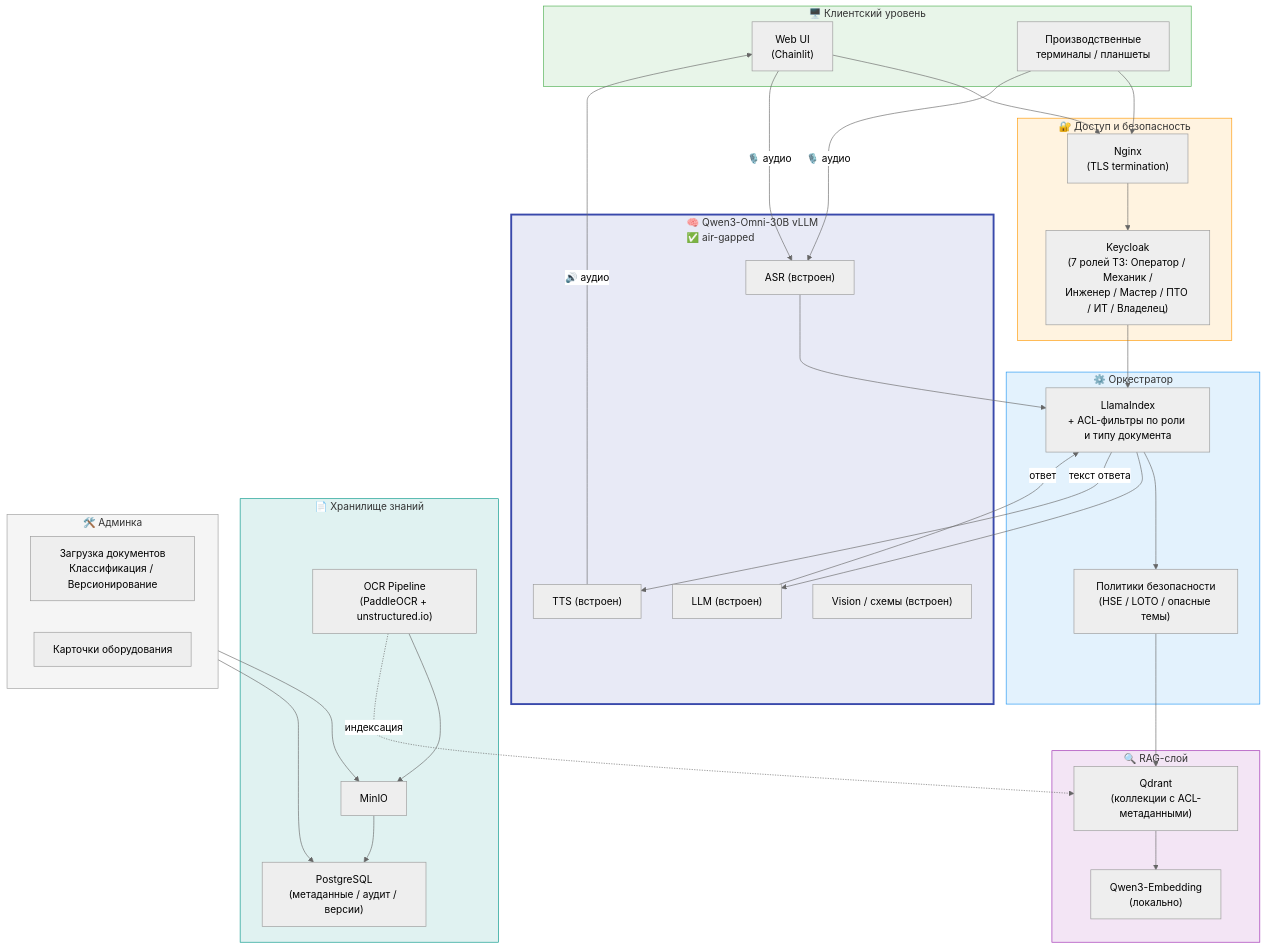
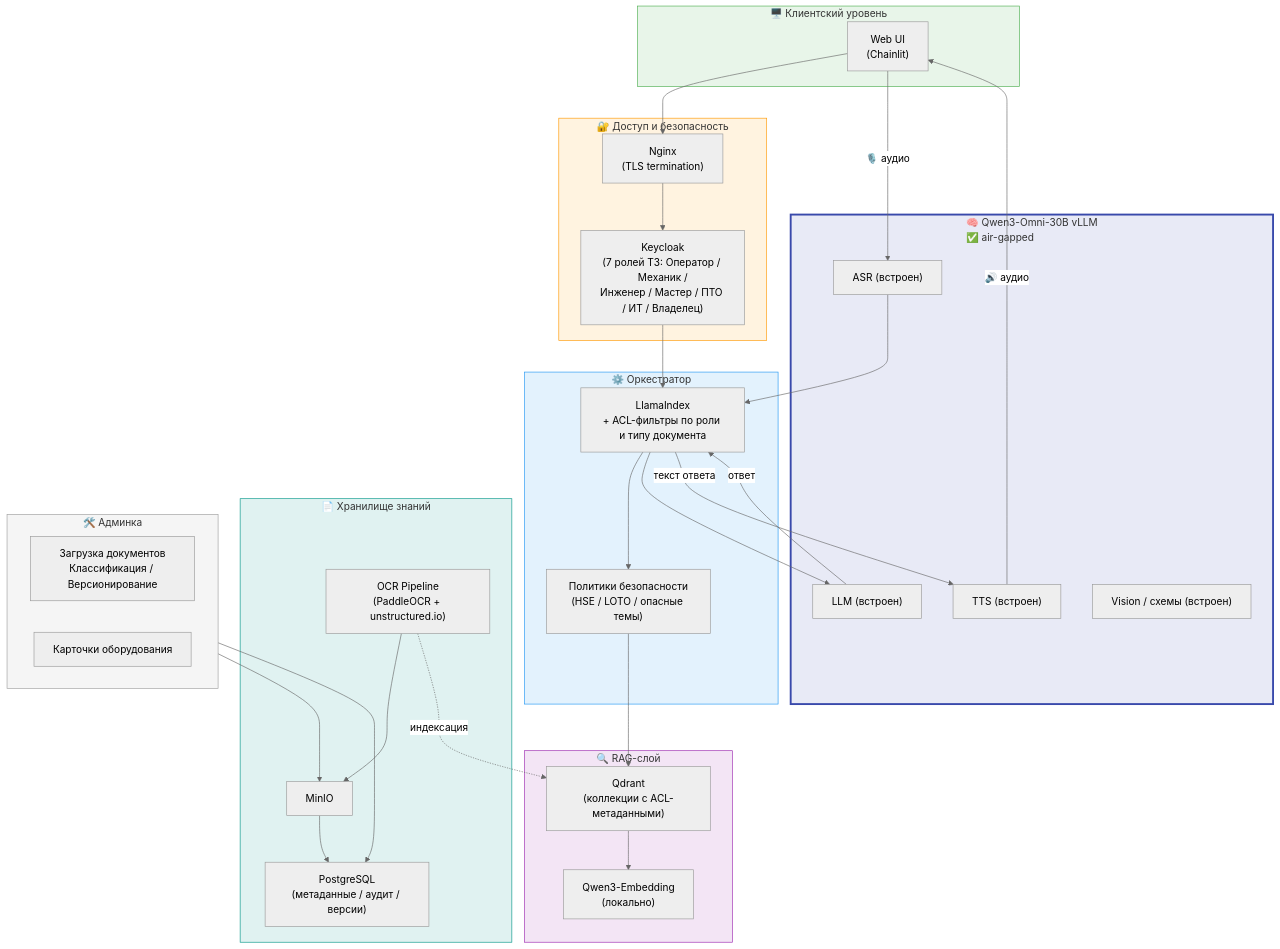
Before and after one commit to anatolyshipitsyn/gaz: the fifth of 10 diagrams in review.md, drawn with Mermaid (neutral theme). The commit also changed other lines of this file, not shown here.

Commit message:
Удалены упоминания о производственных терминалах из разделов клиентского уровня в review.md, уточнены связи между компонентами архитектуры, что упрощает представление о взаимодействии элементов системы.

````diff
--- a/review.md
+++ b/review.md
@@ -319,58 +319,57 @@
 ```mermaid
 graph TB
     subgraph CLIENT["🖥️ Клиентский уровень"]
         WEB["Web UI\n(Chainlit)"]
-        TERM["Производственные\nтерминалы / планшеты"]
     end
 
     subgraph GATEWAY["🔐 Доступ и безопасность"]
         PROXY["Nginx\n(TLS termination)"]
         KC["Keycloak\n(7 ролей ТЗ: Оператор / Механик /\nИнженер / Мастер / ПТО / ИТ / Владелец)"]
     end
 
     subgraph CORE["⚙️ Оркестратор"]
         LL["LlamaIndex\n+ ACL-фильтры по роли и типу документа"]
         POLICY["Политики безопасности\n(HSE / LOTO / опасные темы)"]
     end
 
     subgraph RAG["🔍 RAG-слой"]
         Q["Qdrant\n(коллекции с ACL-метаданными)"]
         E["Qwen3-Embedding\n(локально)"]
     end
 
     subgraph OMNI["🧠 Qwen3-Omni-30B vLLM\n✅ air-gapped"]
         ASR_C["ASR (встроен)"]
         LLM_C["LLM (встроен)"]
         TTS_C["TTS (встроен)"]
         VIS_C["Vision / схемы (встроен)"]
     end
 
     subgraph STORE["📄 Хранилище знаний"]
         OCR["OCR Pipeline\n(PaddleOCR + unstructured.io)"]
         MINIO["MinIO"]
         PG["PostgreSQL\n(метаданные / аудит / версии)"]
     end
 
     subgraph ADMIN["🛠️ Админка"]
         UPLOAD["Загрузка документов\nКлассификация / Версионирование"]
         CARDS["Карточки оборудования"]
     end
 
-    WEB & TERM --> PROXY --> KC --> LL
-    WEB & TERM -->|"🎙️ аудио"| ASR_C --> LL
+    WEB --> PROXY --> KC --> LL
+    WEB -->|"🎙️ аудио"| ASR_C --> LL
     LL --> POLICY --> Q --> E
     LL --> LLM_C
     LLM_C -->|"ответ"| LL
     LL -->|"текст ответа"| TTS_C -->|"🔊 аудио"| WEB
     OCR --> MINIO --> PG
     OCR -.->|"индексация"| Q
     ADMIN --> MINIO & PG
 
     style CLIENT fill:#e8f5e9,stroke:#4caf50
     style GATEWAY fill:#fff3e0,stroke:#ff9800
     style CORE fill:#e3f2fd,stroke:#2196f3
     style RAG fill:#f3e5f5,stroke:#9c27b0
     style OMNI fill:#e8eaf6,stroke:#3949ab,stroke-width:3px
     style STORE fill:#e0f2f1,stroke:#009688
     style ADMIN fill:#f5f5f5,stroke:#9e9e9e
 ```
````
